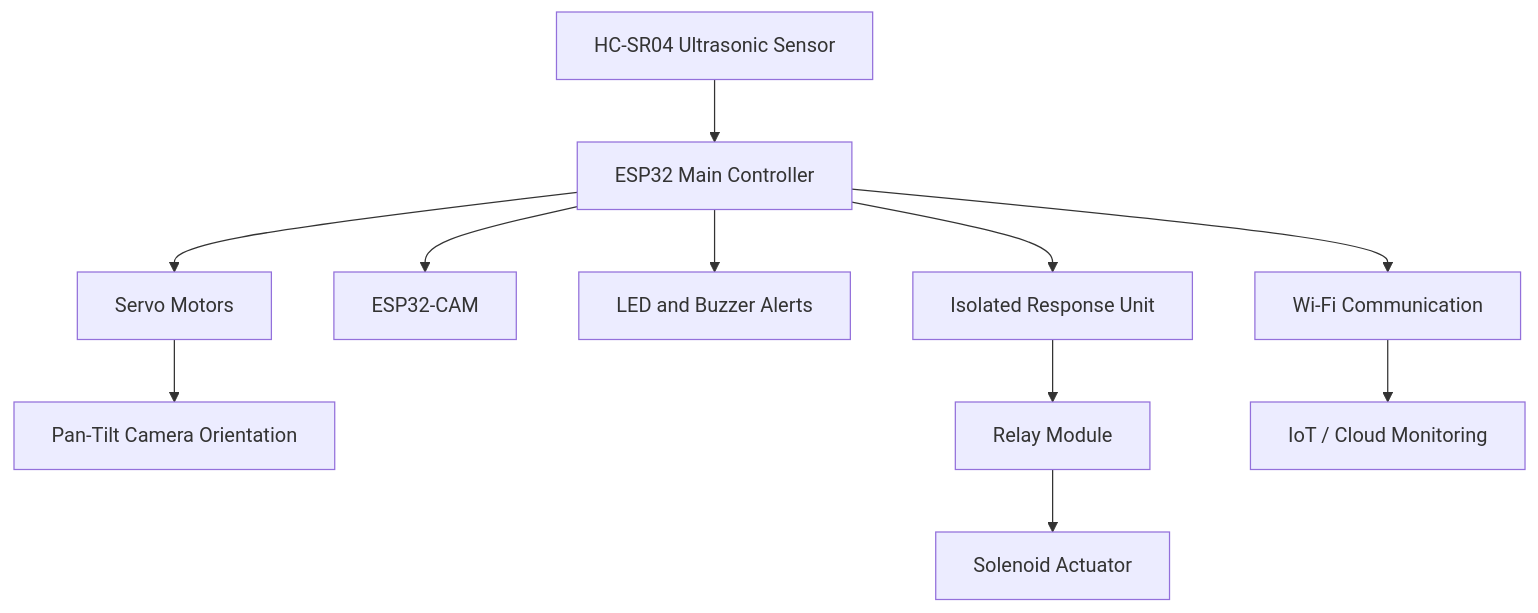
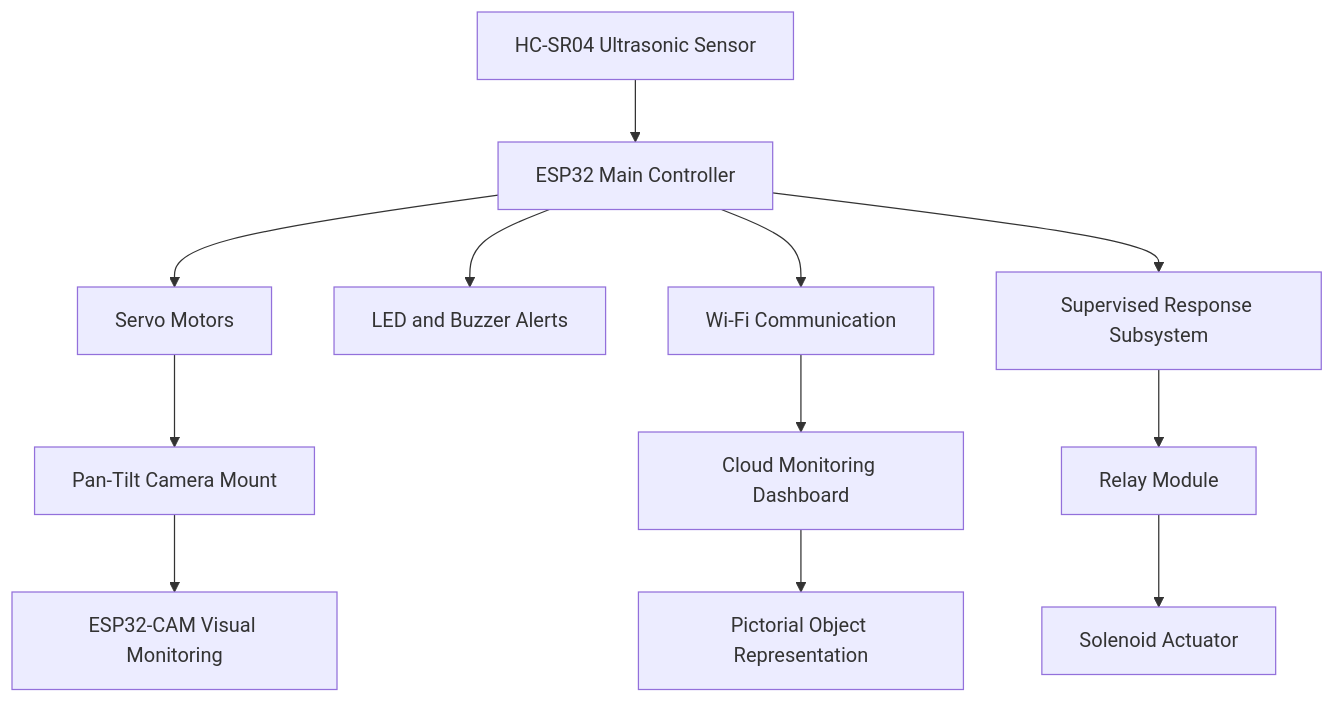
The first of 2 diagrams in README.md (Naganurdeepa/iot-radar-surveillance-system), drawn with Mermaid before and after one commit. The commit also changed other lines of this file, not shown here.

````diff
--- a/README.md
+++ b/README.md
@@ -28,13 +42,14 @@
 ```mermaid
 flowchart TD
     A[HC-SR04 Ultrasonic Sensor] --> B[ESP32 Main Controller]
     B --> C[Servo Motors]
-    C --> D[Pan-Tilt Camera Orientation]
-    B --> E[ESP32-CAM]
+    C --> D[Pan-Tilt Camera Mount]
+    D --> E[ESP32-CAM Visual Monitoring]
     B --> F[LED and Buzzer Alerts]
-    B --> G[Isolated Response Unit]
-    G --> H[Relay Module]
-    H --> I[Solenoid Actuator]
-    B --> J[Wi-Fi Communication]
-    J --> K[IoT / Cloud Monitoring]
+    B --> G[Wi-Fi Communication]
+    G --> H[Cloud Monitoring Dashboard]
+    H --> I[Pictorial Object Representation]
+    B --> J[Supervised Response Subsystem]
+    J --> K[Relay Module]
+    K --> L[Solenoid Actuator]
 ```
````
